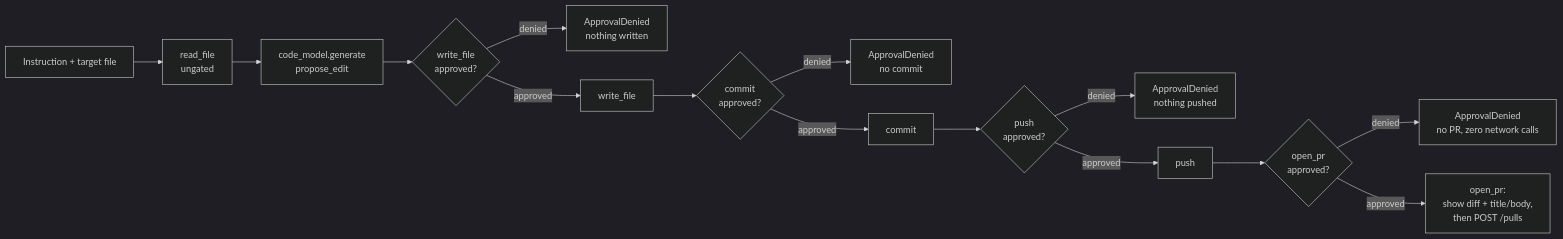
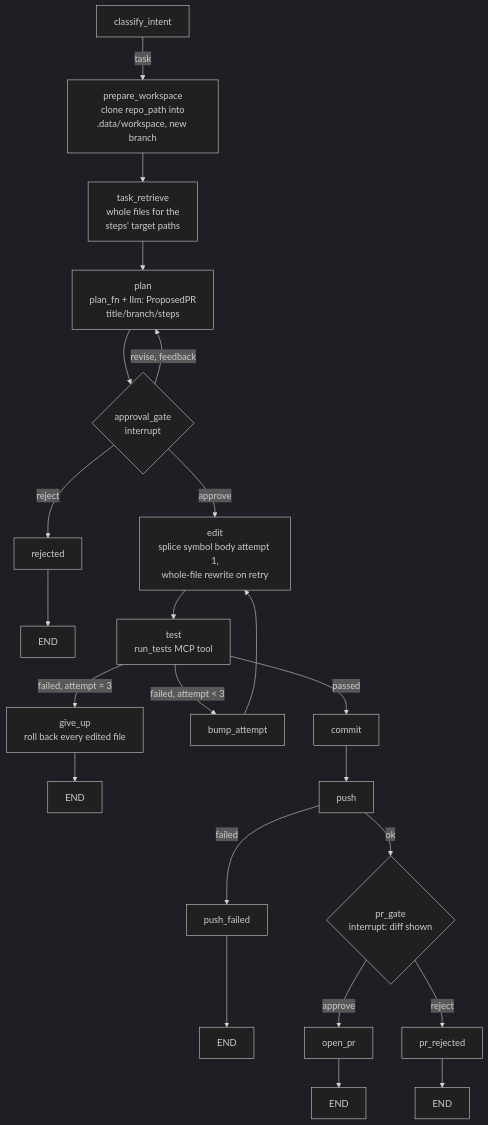
Before and after one commit to ranjithpotlapelly/forge: the third of 3 diagrams in WORKFLOW.md, drawn with Mermaid (dark theme). The commit also changed other lines of this file, not shown here.

First line of the commit message:
Rewrite WORKFLOW.md Sections 1, 5, 11 to match the current task-path implementation

````diff
--- a/WORKFLOW.md
+++ b/WORKFLOW.md
@@ -177,17 +177,19 @@
 ```mermaid
-flowchart LR
-    I[Instruction + target file] --> RD[read_file<br/>ungated]
-    RD --> P[code_model.generate<br/>propose_edit]
-    P --> G{write_file<br/>approved?}
-    G -->|denied| D1[ApprovalDenied<br/>nothing written]
-    G -->|approved| W[write_file]
-    W --> G2{commit<br/>approved?}
-    G2 -->|denied| D2[ApprovalDenied<br/>no commit]
-    G2 -->|approved| C[commit]
-    C --> G3{push<br/>approved?}
-    G3 -->|denied| D3[ApprovalDenied<br/>nothing pushed]
-    G3 -->|approved| PU[push]
-    PU --> G4{open_pr<br/>approved?}
-    G4 -->|denied| D4[ApprovalDenied<br/>no PR, zero network calls]
-    G4 -->|approved| OP[open_pr:<br/>show diff + title/body,<br/>then POST /pulls]
+flowchart TD
+    CI[classify_intent] -->|task| PW[prepare_workspace<br/>clone repo_path into<br/>.data/workspace, new branch]
+    PW --> TR[task_retrieve<br/>whole files for the<br/>steps' target paths]
+    TR --> PL[plan<br/>plan_fn + llm: ProposedPR<br/>title/branch/steps]
+    PL --> AG{approval_gate<br/>interrupt}
+    AG -->|reject| REJ[rejected] --> END1[END]
+    AG -->|revise, feedback| PL
+    AG -->|approve| ED[edit<br/>splice symbol body attempt 1,<br/>whole-file rewrite on retry]
+    ED --> TE[test<br/>run_tests MCP tool]
+    TE -->|passed| CO[commit]
+    TE -->|failed, attempt < 3| BA[bump_attempt] --> ED
+    TE -->|failed, attempt = 3| GU[give_up<br/>roll back every edited file] --> END2[END]
+    CO --> PU[push]
+    PU -->|ok| PG{pr_gate<br/>interrupt: diff shown}
+    PU -->|failed| PF[push_failed] --> END3[END]
+    PG -->|approve| OP[open_pr] --> END4[END]
+    PG -->|reject| PR2[pr_rejected] --> END5[END]
 ```
````
